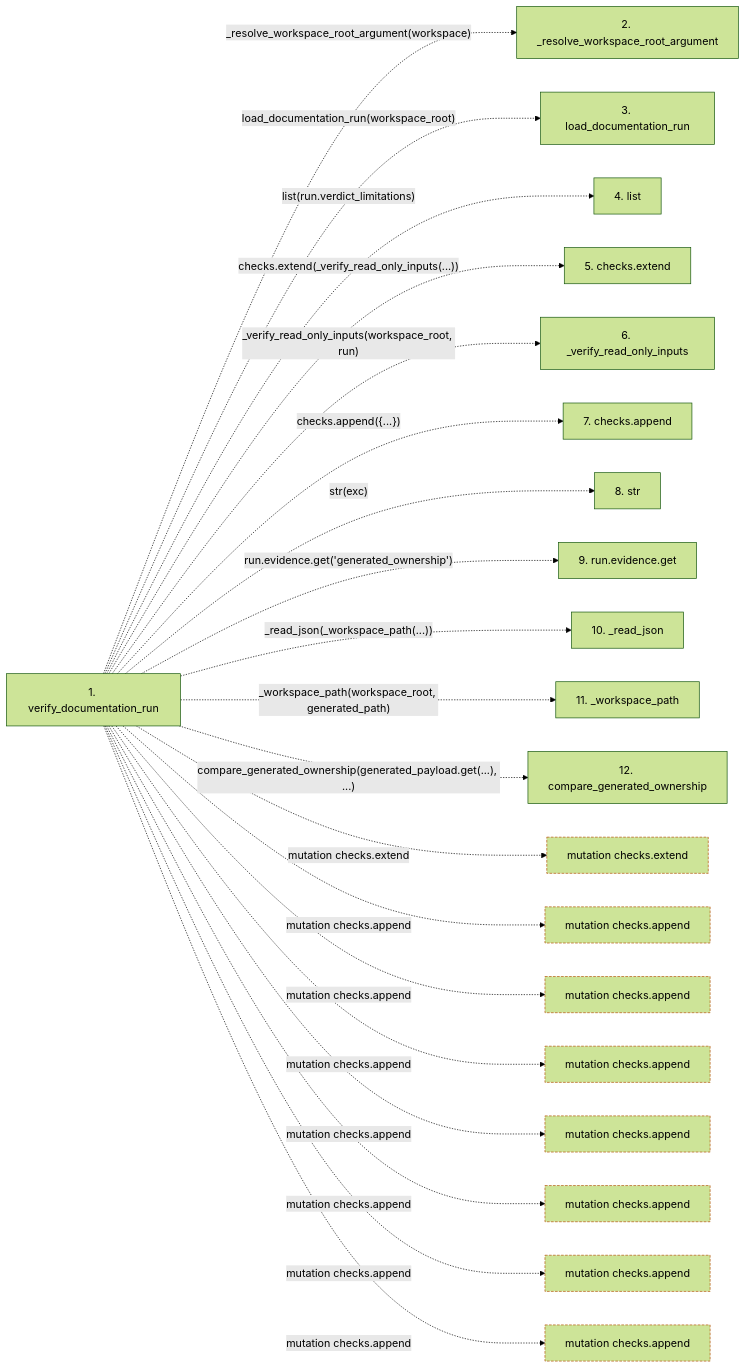
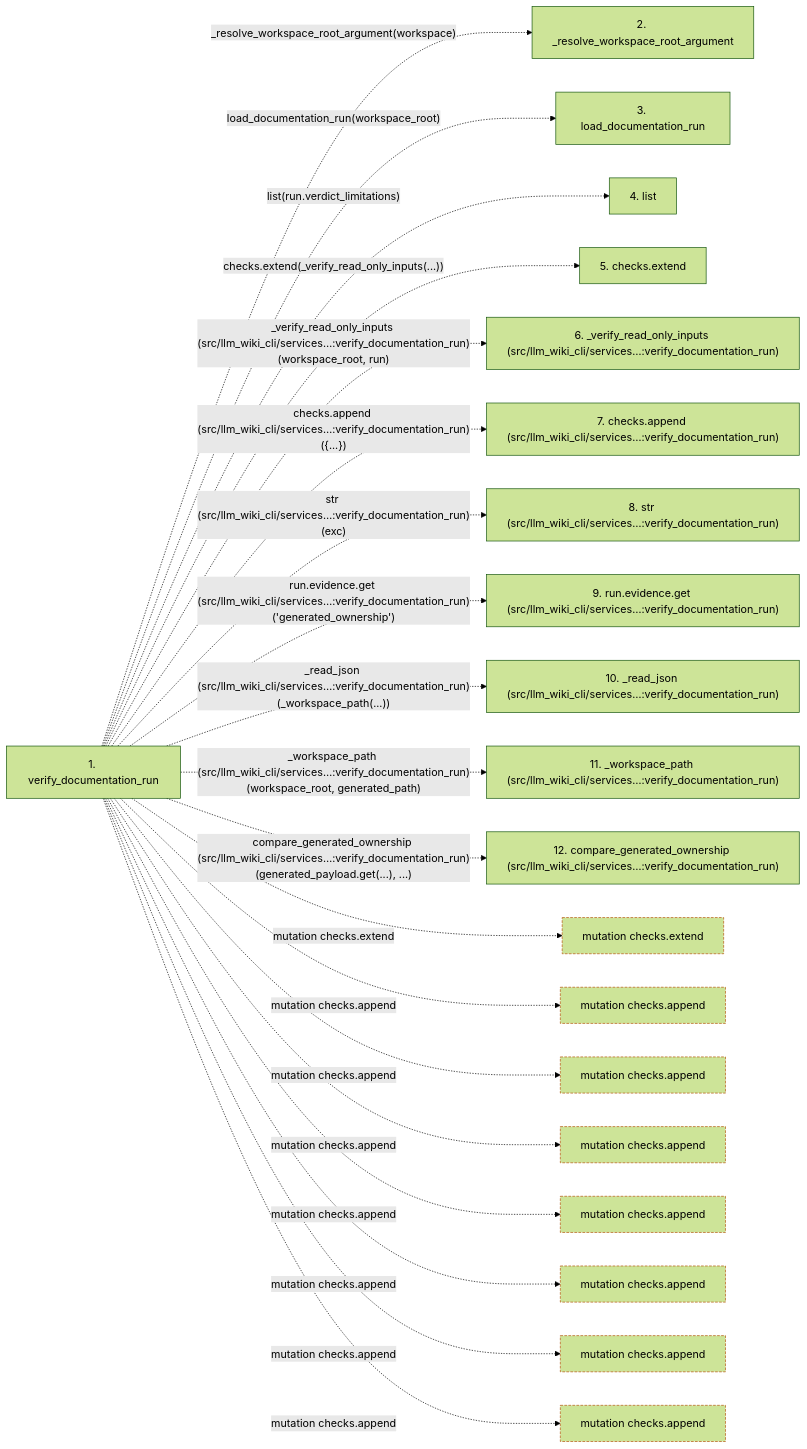
Before and after one commit to Denissvgn/python-wiki-llm: the second of 2 diagrams in docs/llm_wiki/flows/api-verify_documentation_run.md, drawn with Mermaid (forest theme). The commit also changed other lines of this file and 375 other files, not shown here.

Commit message:
feat: propose independently reviewed patches for mapped wiki documentation

````diff
--- a/docs/llm_wiki/flows/api-verify_documentation_run.md
+++ b/docs/llm_wiki/flows/api-verify_documentation_run.md
@@ -104,52 +147,52 @@
 ```mermaid
 flowchart LR
     s1["1. verify_documentation_run"]
     s2["2. _resolve_workspace_root_argument"]
     s3["3. load_documentation_run"]
     s4["4. list"]
     s5["5. checks.extend"]
-    s6["6. _verify_read_only_inputs"]
-    s7["7. checks.append"]
-    s8["8. str"]
-    s9["9. run.evidence.get"]
-    s10["10. _read_json"]
-    s11["11. _workspace_path"]
-    s12["12. compare_generated_ownership"]
+    s6["6. _verify_read_only_inputs (src/llm_wiki_cli/services…:verify_documentation_run)"]
+    s7["7. checks.append (src/llm_wiki_cli/services…:verify_documentation_run)"]
+    s8["8. str (src/llm_wiki_cli/services…:verify_documentation_run)"]
+    s9["9. run.evidence.get (src/llm_wiki_cli/services…:verify_documentation_run)"]
+    s10["10. _read_json (src/llm_wiki_cli/services…:verify_documentation_run)"]
+    s11["11. _workspace_path (src/llm_wiki_cli/services…:verify_documentation_run)"]
+    s12["12. compare_generated_ownership (src/llm_wiki_cli/services…:verify_documentation_run)"]
     s1 -. "_resolve_workspace_root_argument(workspace)" .-> s2
     s1 -. "load_documentation_run(workspace_root)" .-> s3
     s1 -. "list(run.verdict_limitations)" .-> s4
     s1 -. "checks.extend(_verify_read_only_inputs(...))" .-> s5
-    s1 -. "_verify_read_only_inputs(workspace_root, run)" .-> s6
-    s1 -. "checks.append({...})" .-> s7
-    s1 -. "str(exc)" .-> s8
-    s1 -. "run.evidence.get('generated_ownership')" .-> s9
-    s1 -. "_read_json(_workspace_path(...))" .-> s10
-    s1 -. "_workspace_path(workspace_root, generated_path)" .-> s11
-    s1 -. "compare_generated_ownership(generated_payload.get(...), ...)" .-> s12
+    s1 -. "_verify_read_only_inputs (src/llm_wiki_cli/services…:verify_documentation_run)(workspace_root, run)" .-> s6
+    s1 -. "checks.append (src/llm_wiki_cli/services…:verify_documentation_run)({...})" .-> s7
+    s1 -. "str (src/llm_wiki_cli/services…:verify_documentation_run)(exc)" .-> s8
+    s1 -. "run.evidence.get (src/llm_wiki_cli/services…:verify_documentation_run)('generated_ownership')" .-> s9
+    s1 -. "_read_json (src/llm_wiki_cli/services…:verify_documentation_run)(_workspace_path(...))" .-> s10
+    s1 -. "_workspace_path (src/llm_wiki_cli/services…:verify_documentation_run)(workspace_root, generated_path)" .-> s11
+    s1 -. "compare_generated_ownership (src/llm_wiki_cli/services…:verify_documentation_run)(generated_payload.get(...), ...)" .-> s12
     b0["mutation checks.extend"]
     s1 -. "mutation checks.extend" .-> b0
     b1["mutation checks.append"]
     s1 -. "mutation checks.append" .-> b1
     b2["mutation checks.append"]
     s1 -. "mutation checks.append" .-> b2
     b3["mutation checks.append"]
     s1 -. "mutation checks.append" .-> b3
     b4["mutation checks.append"]
     s1 -. "mutation checks.append" .-> b4
     b5["mutation checks.append"]
     s1 -. "mutation checks.append" .-> b5
     b6["mutation checks.append"]
     s1 -. "mutation checks.append" .-> b6
     b7["mutation checks.append"]
     s1 -. "mutation checks.append" .-> b7
     click s1 "../modules/verify.md"
     classDef boundary stroke:#b45309,stroke-dasharray: 4 2
     class b0 boundary
     class b1 boundary
     class b2 boundary
     class b3 boundary
     class b4 boundary
     class b5 boundary
     class b6 boundary
     class b7 boundary
 ```
````
